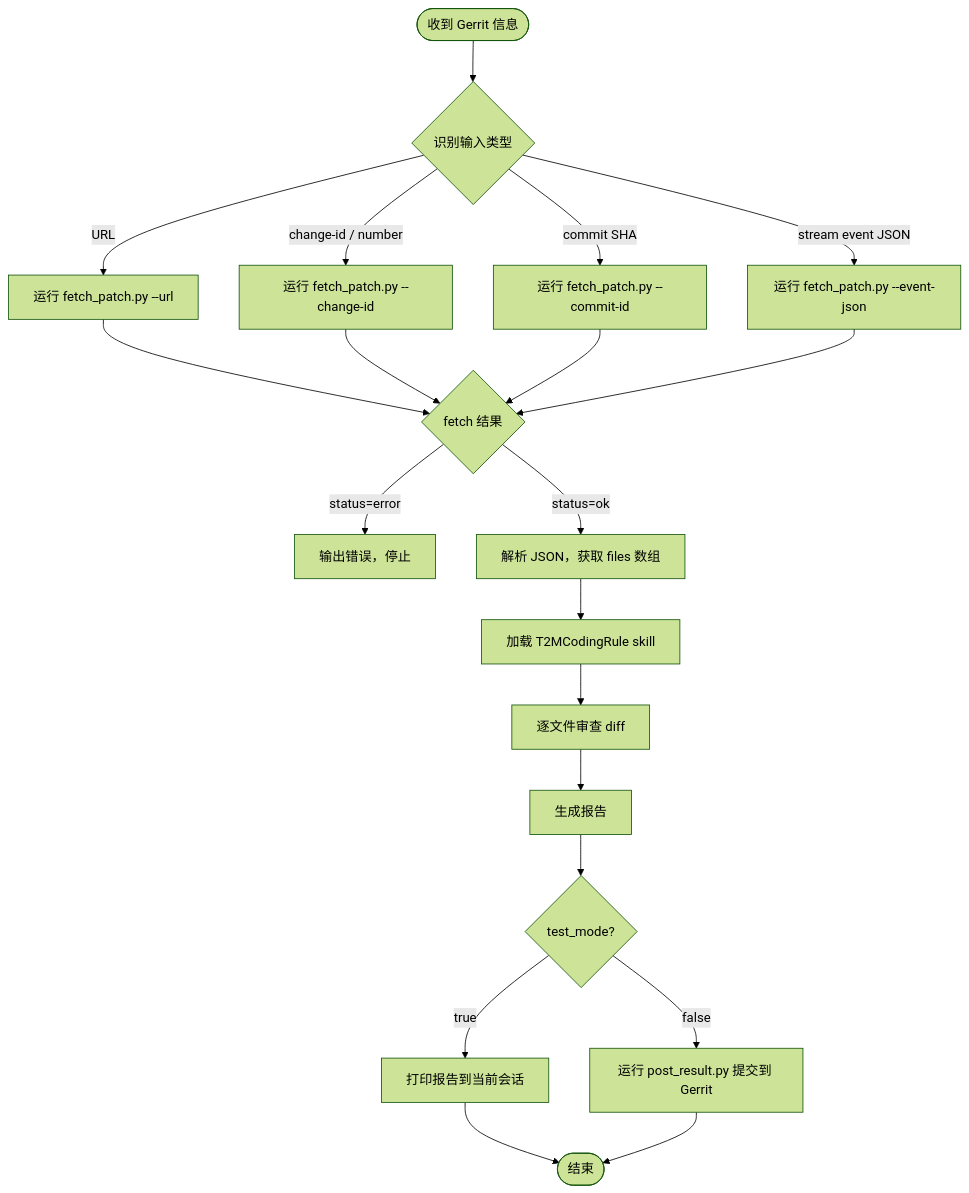
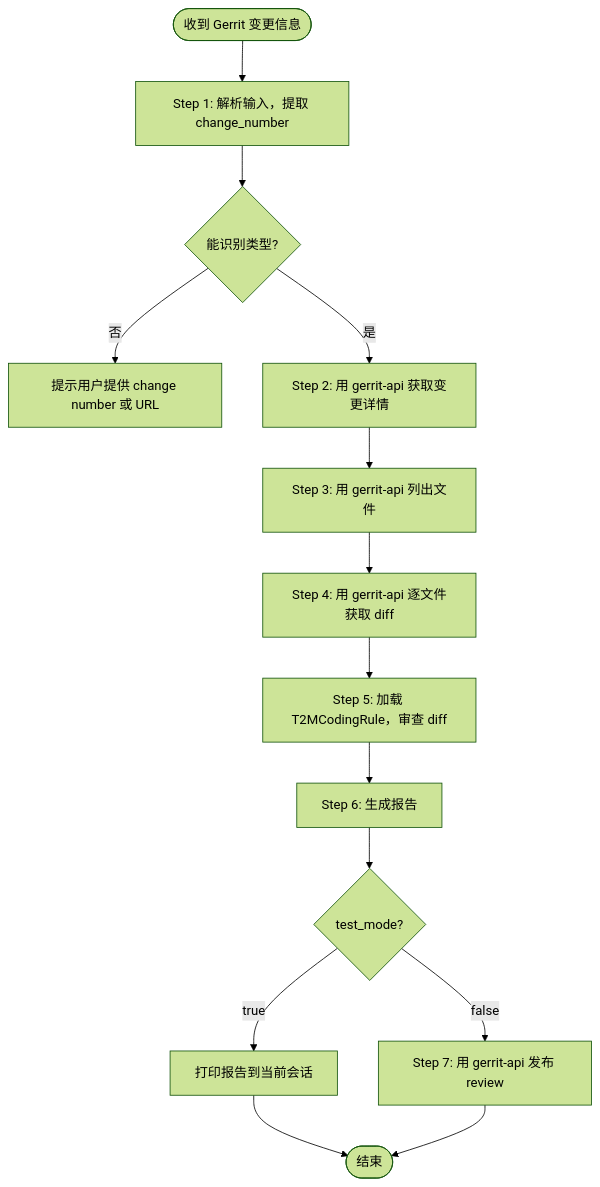
The diagram in code-review/SKILL.md (vancebs/skills), drawn with Mermaid (forest theme) before and after one commit. The commit also changed other lines of this file and 4 other files, not shown here.

First line of the commit message:
code-review: rewrite SKILL.md, remove Gerrit scripts, delegate to gerrit-api

````diff
--- a/code-review/SKILL.md
+++ b/code-review/SKILL.md
@@ -125,19 +146,15 @@
 ```mermaid
 flowchart TD
-    A([收到 Gerrit 信息]) --> B{识别输入类型}
-    B -- URL --> C[运行 fetch_patch.py --url]
-    B -- change-id / number --> D[运行 fetch_patch.py --change-id]
-    B -- commit SHA --> E[运行 fetch_patch.py --commit-id]
-    B -- stream event JSON --> F[运行 fetch_patch.py --event-json]
-    C & D & E & F --> G{fetch 结果}
-    G -- status=error --> H[输出错误，停止]
-    G -- status=ok --> I[解析 JSON，获取 files 数组]
-    I --> J[加载 T2MCodingRule skill]
-    J --> K[逐文件审查 diff]
-    K --> L[生成报告]
-    L --> M{test_mode?}
-    M -- true --> N[打印报告到当前会话]
-    M -- false --> O[运行 post_result.py 提交到 Gerrit]
-    N --> P([结束])
-    O --> P
+    A([收到 Gerrit 变更信息]) --> B[Step 1: 解析输入，提取 change_number]
+    B --> C{能识别类型?}
+    C -- 否 --> D[提示用户提供 change number 或 URL]
+    C -- 是 --> E[Step 2: 用 gerrit-api 获取变更详情]
+    E --> F[Step 3: 用 gerrit-api 列出文件]
+    F --> G[Step 4: 用 gerrit-api 逐文件获取 diff]
+    G --> H[Step 5: 加载 T2MCodingRule，审查 diff]
+    H --> I[Step 6: 生成报告]
+    I --> J{test_mode?}
+    J -- true --> K[打印报告到当前会话]
+    J -- false --> L[Step 7: 用 gerrit-api 发布 review]
+    K & L --> M([结束])
 ```
````
